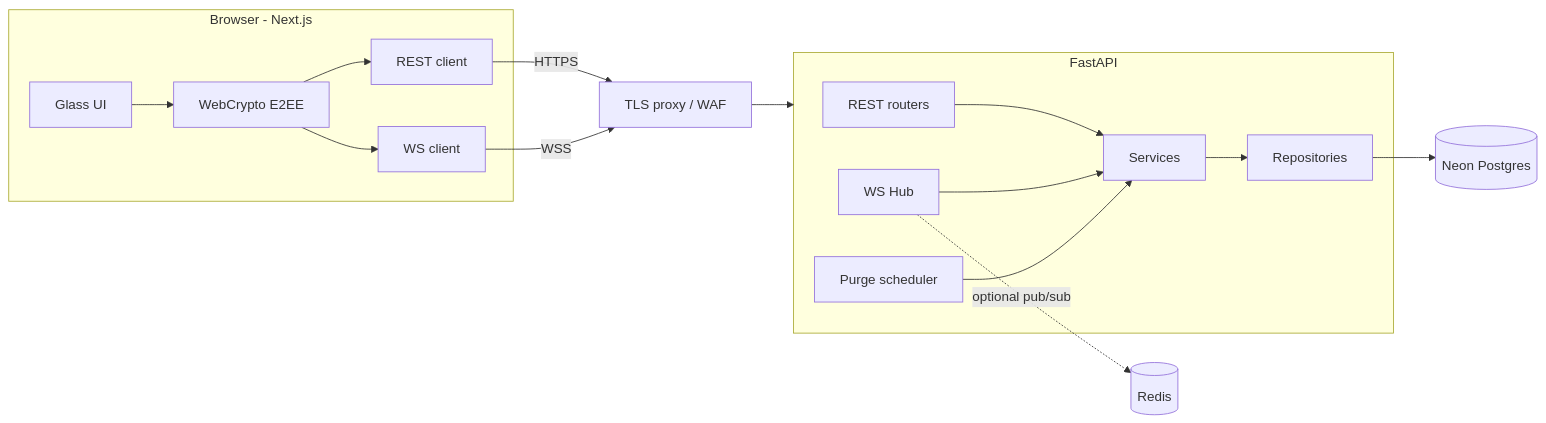
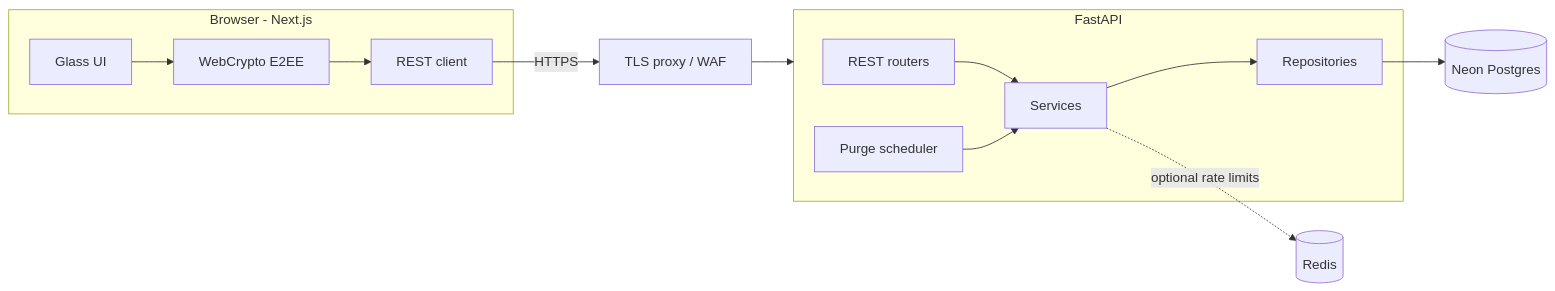
Before and after one commit to Silicon-Brains/chat-control: the first of 5 diagrams in docs/System_Design.md, drawn with Mermaid. The commit also changed other lines of this file and 57 other files, not shown here.

````diff
--- a/docs/System_Design.md
+++ b/docs/System_Design.md
@@ -39,19 +39,16 @@
 ```mermaid
 flowchart LR
   subgraph Client[Browser - Next.js]
     UI[Glass UI] --> CR[WebCrypto E2EE]
     CR --> API[REST client]
-    CR --> WSC[WS client]
   end
   API -- HTTPS --> GW[TLS proxy / WAF]
-  WSC -- WSS --> GW
   GW --> APP
   subgraph APP[FastAPI]
     R[REST routers] --> S[Services]
-    W[WS Hub] --> S
     SCH[Purge scheduler] --> S
     S --> REPO[Repositories]
   end
   REPO --> DB[(Neon Postgres)]
-  W -. optional pub/sub .-> RD[(Redis)]
+  S -. optional rate limits .-> RD[(Redis)]
 ```
````
